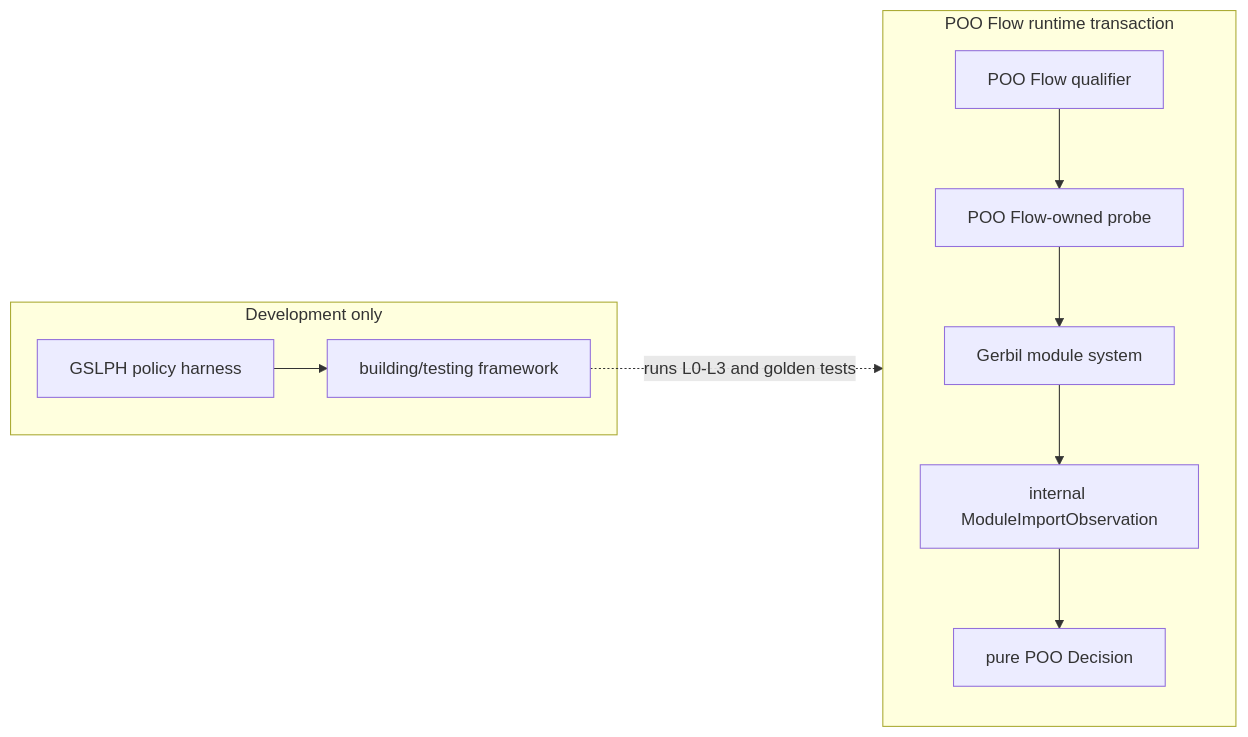
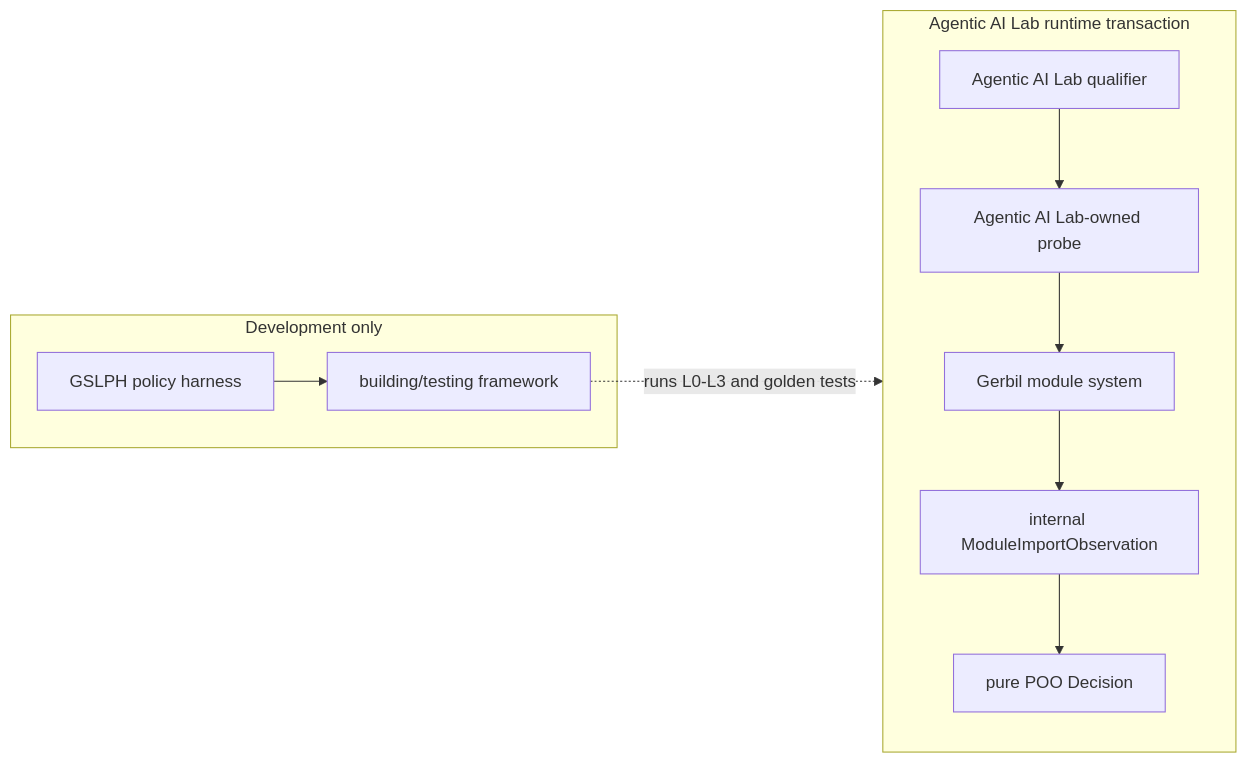
The ninth of 15 diagrams in module-system/design/45-00-mix-profile-rfc-archive.org (tao3k/gebril-yuanxu), drawn with Mermaid before and after one commit. The commit also changed other lines of this file and 507 other files, not shown here.

```diff
--- a/module-system/design/45-00-mix-profile-rfc-archive.org
+++ b/module-system/design/45-00-mix-profile-rfc-archive.org
@@ -1074,19 +1074,19 @@
 #+begin_src mermaid
 flowchart LR
-  subgraph Runtime["POO Flow runtime transaction"]
-    Q["POO Flow qualifier"]
-    P["POO Flow-owned probe"]
+  subgraph Runtime["Agentic AI Lab runtime transaction"]
+    Q["Agentic AI Lab qualifier"]
+    P["Agentic AI Lab-owned probe"]
     G["Gerbil module system"]
     O["internal ModuleImportObservation"]
     D["pure POO Decision"]
     Q --> P --> G --> O --> D
   end
 
   subgraph Development["Development only"]
     H["GSLPH policy harness"]
     T["building/testing framework"]
     H --> T
   end
 
   T -. "runs L0-L3 and golden tests" .-> Runtime
 #+end_src
```
